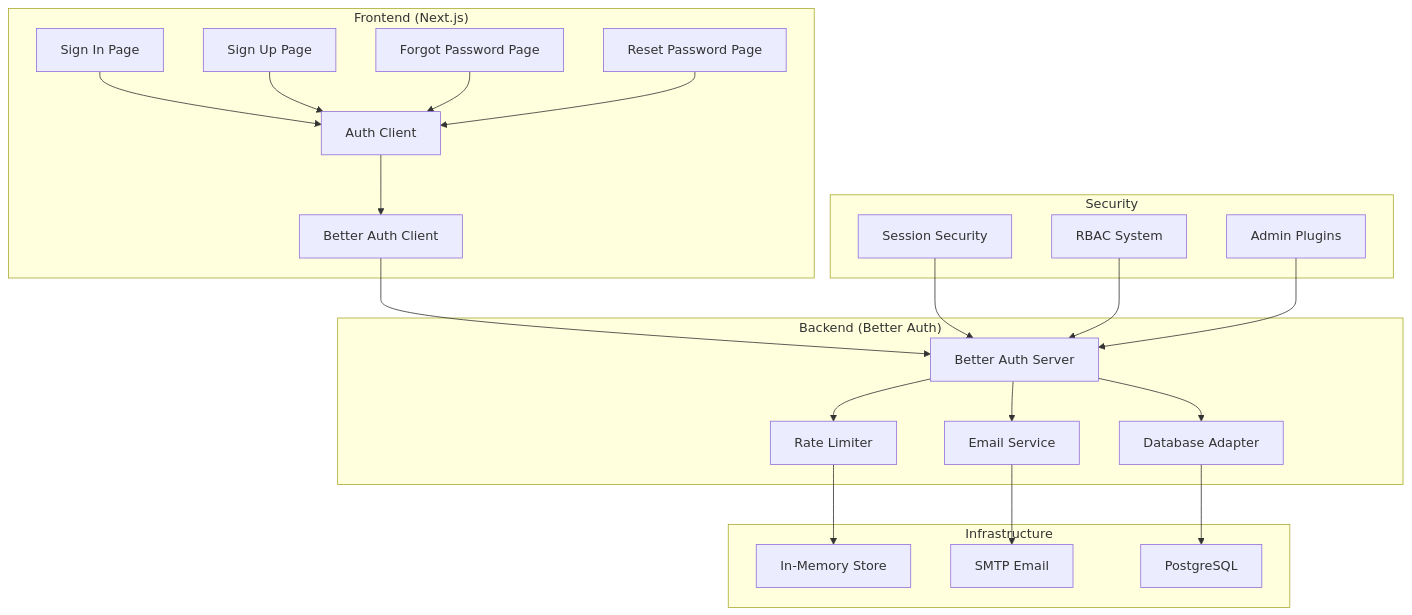
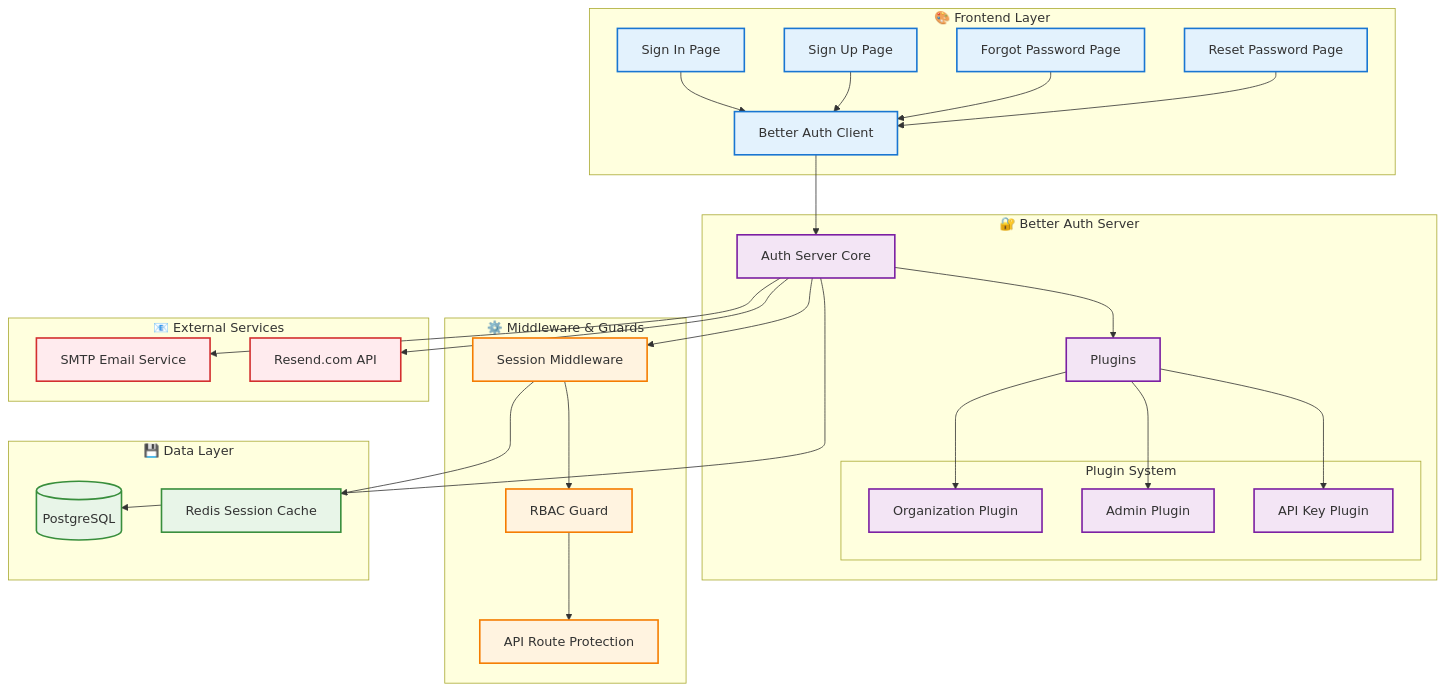
The first of 15 diagrams in specs/AUTHENTICATION.md (supercheck-io/supercheck), drawn with Mermaid before and after one commit. The commit also changed other lines of this file and 2 other files, not shown here.

First line of the commit message:
docs(specs): update API_KEY_SYSTEM, AUTHENTICATION, and add OBSERVABILITY specs

````diff
--- a/specs/AUTHENTICATION.md
+++ b/specs/AUTHENTICATION.md
@@ -9,29 +23,63 @@
 ```mermaid
 graph TB
-    subgraph "Frontend (Next.js)"
-        A[Sign In Page] --> B[Auth Client]
-        C[Sign Up Page] --> B
-        D[Forgot Password Page] --> B
-        E[Reset Password Page] --> B
-        B --> F[Better Auth Client]
+    subgraph "🎨 Frontend Layer"
+        UI1[Sign In Page]
+        UI2[Sign Up Page]
+        UI3[Forgot Password Page]
+        UI4[Reset Password Page]
+        CLIENT[Better Auth Client]
     end
-    
-    subgraph "Backend (Better Auth)"
-        F --> G[Better Auth Server]
-        G --> H[Rate Limiter]
-        G --> I[Email Service]
-        G --> J[Database Adapter]
+
+    subgraph "🔐 Better Auth Server"
+        SERVER[Auth Server Core]
+        PLUGINS[Plugins]
+
+        subgraph "Plugin System"
+            ORG[Organization Plugin]
+            ADMIN[Admin Plugin]
+            APIKEY[API Key Plugin]
+        end
     end
-    
-    subgraph "Infrastructure"
-        H --> K[In-Memory Store]
-        I --> L[SMTP Email]
-        J --> M[PostgreSQL]
+
+    subgraph "⚙️ Middleware & Guards"
+        MW1[Session Middleware]
+        MW2[RBAC Guard]
+        MW3[API Route Protection]
     end
-    
-    subgraph "Security"
-        N[Session Security] --> G
-        O[RBAC System] --> G
-        P[Admin Plugins] --> G
+
+    subgraph "💾 Data Layer"
+        DB[(PostgreSQL)]
+        CACHE[Redis Session Cache]
     end
+
+    subgraph "📧 External Services"
+        SMTP[SMTP Email Service]
+        RESEND[Resend.com API]
+    end
+
+    UI1 & UI2 & UI3 & UI4 --> CLIENT
+    CLIENT --> SERVER
+    SERVER --> PLUGINS
+    PLUGINS --> ORG & ADMIN & APIKEY
+
+    SERVER --> MW1
+    MW1 --> MW2
+    MW2 --> MW3
+
+    SERVER --> DB
+    MW1 --> CACHE
+    SERVER --> SMTP
+    SERVER --> RESEND
+
+    classDef frontend fill:#e3f2fd,stroke:#1976d2,stroke-width:2px
+    classDef auth fill:#f3e5f5,stroke:#7b1fa2,stroke-width:2px
+    classDef middleware fill:#fff3e0,stroke:#f57c00,stroke-width:2px
+    classDef data fill:#e8f5e8,stroke:#388e3c,stroke-width:2px
+    classDef external fill:#ffebee,stroke:#d32f2f,stroke-width:2px
+
+    class UI1,UI2,UI3,UI4,CLIENT frontend
+    class SERVER,PLUGINS,ORG,ADMIN,APIKEY auth
+    class MW1,MW2,MW3 middleware
+    class DB,CACHE data
+    class SMTP,RESEND external
 ```
````
